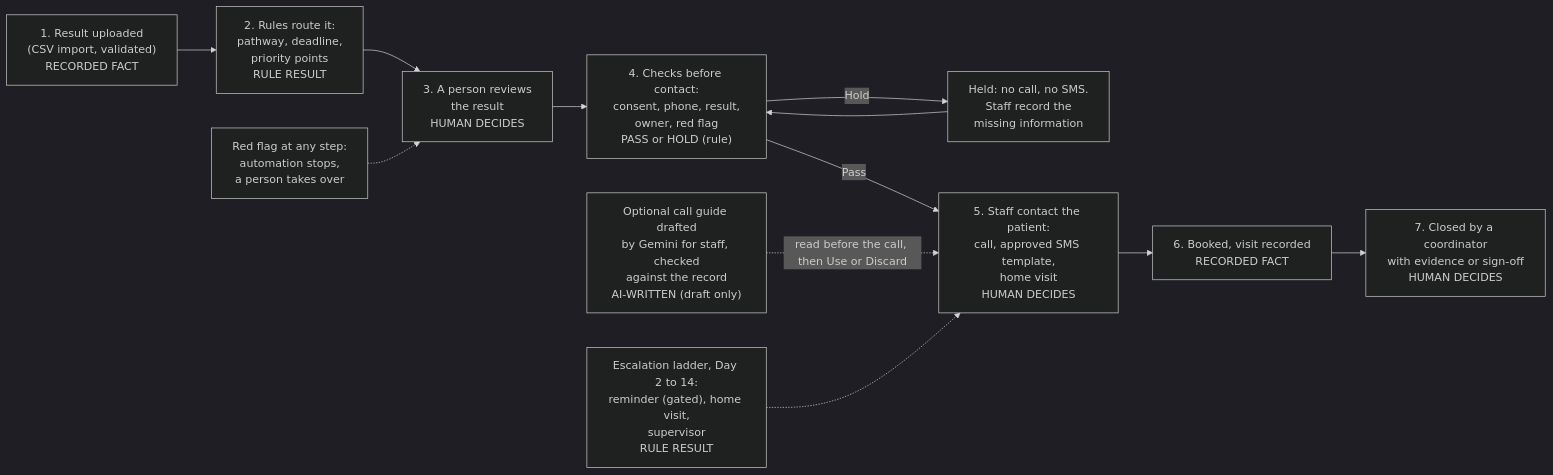
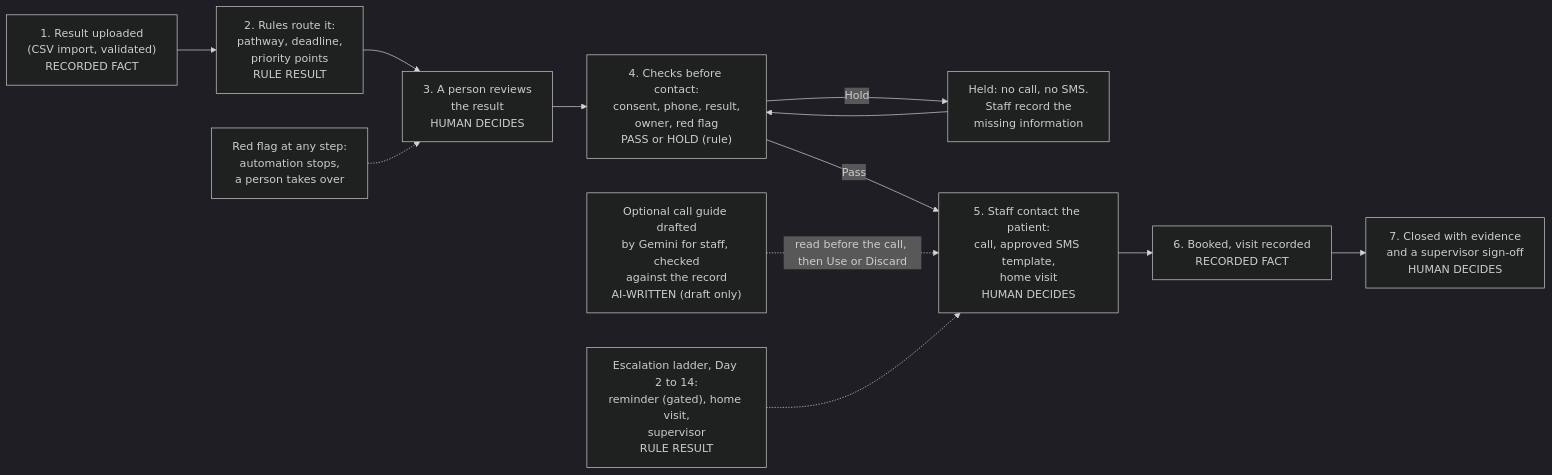
Before and after one commit to BKDKUBO/loopcloser: the diagram in README.md, drawn with Mermaid (dark theme). The commit also changed other lines of this file and 3 other files, not shown here.

````diff
--- a/README.md
+++ b/README.md
@@ -11,14 +11,14 @@
 ```mermaid
 flowchart LR
     A["1. Result uploaded<br/>(CSV import, validated)<br/>RECORDED FACT"] --> B["2. Rules route it:<br/>pathway, deadline,<br/>priority points<br/>RULE RESULT"]
     B --> C["3. A person reviews<br/>the result<br/>HUMAN DECIDES"]
     C --> D["4. Checks before contact:<br/>consent, phone, result,<br/>owner, red flag<br/>PASS or HOLD (rule)"]
     D -->|Hold| H["Held: no call, no SMS.<br/>Staff record the<br/>missing information"]
     H --> D
     D -->|Pass| E["5. Staff contact the patient:<br/>call, approved SMS template,<br/>home visit<br/>HUMAN DECIDES"]
     AI["Optional call guide drafted<br/>by Gemini for staff, checked<br/>against the record<br/>AI-WRITTEN (draft only)"] -.->|"read before the call, then Use or Discard"| E
     E --> F["6. Booked, visit recorded<br/>RECORDED FACT"]
-    F --> G["7. Closed by a coordinator<br/>with evidence or sign-off<br/>HUMAN DECIDES"]
+    F --> G["7. Closed with evidence<br/>and a supervisor sign-off<br/>HUMAN DECIDES"]
     L["Escalation ladder, Day 2 to 14:<br/>reminder (gated), home visit,<br/>supervisor<br/>RULE RESULT"] -.-> E
     R["Red flag at any step:<br/>automation stops,<br/>a person takes over"] -.-> C
 ```
````
